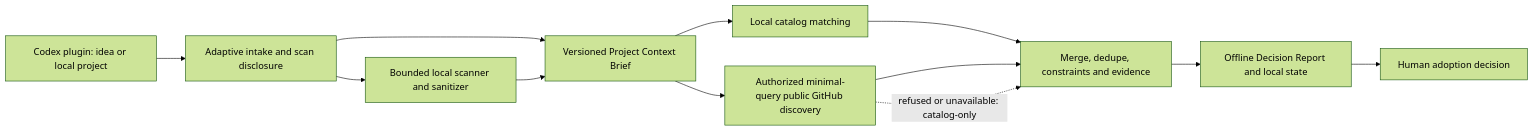
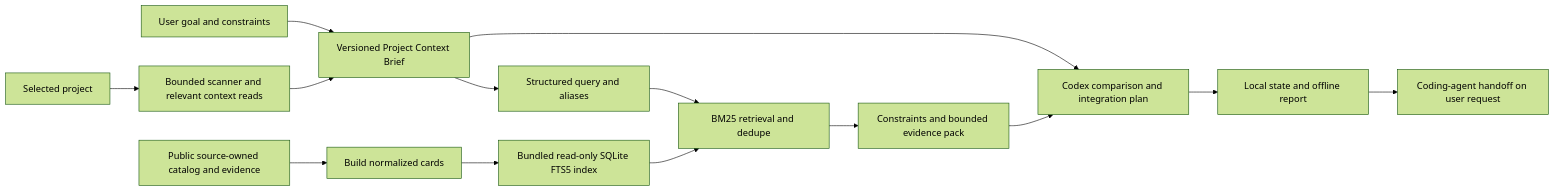
Before and after one commit to alexroadcaster/myAI-StackGuide: the diagram in README.md, drawn with Mermaid (forest theme). The commit also changed other lines of this file and 15 other files, not shown here.

````diff
--- a/README.md
+++ b/README.md
@@ -62,14 +62,16 @@
 ```mermaid
 flowchart LR
-    A[Codex plugin: idea or local project] --> B[Adaptive intake and scan disclosure]
-    B --> C[Bounded local scanner and sanitizer]
-    B --> D[Versioned Project Context Brief]
-    C --> D
-    D --> E[Local catalog matching]
-    D --> F[Authorized minimal-query public GitHub discovery]
-    E --> G[Merge, dedupe, constraints and evidence]
-    F --> G
-    F -. refused or unavailable: catalog-only .-> G
-    G --> H[Offline Decision Report and local state]
-    H --> I[Human adoption decision]
+    U[User goal and constraints] --> B[Versioned Project Context Brief]
+    P[Selected project] --> S[Bounded scanner and relevant context reads]
+    S --> B
+    C[Public source-owned catalog and evidence] --> A[Build normalized cards]
+    A --> I[Bundled read-only SQLite FTS5 index]
+    B --> Q[Structured query and aliases]
+    Q --> R[BM25 retrieval and dedupe]
+    I --> R
+    R --> F[Constraints and bounded evidence pack]
+    F --> M[Codex comparison and integration plan]
+    B --> M
+    M --> O[Local state and offline report]
+    O --> H[Coding-agent handoff on user request]
 ```
````
